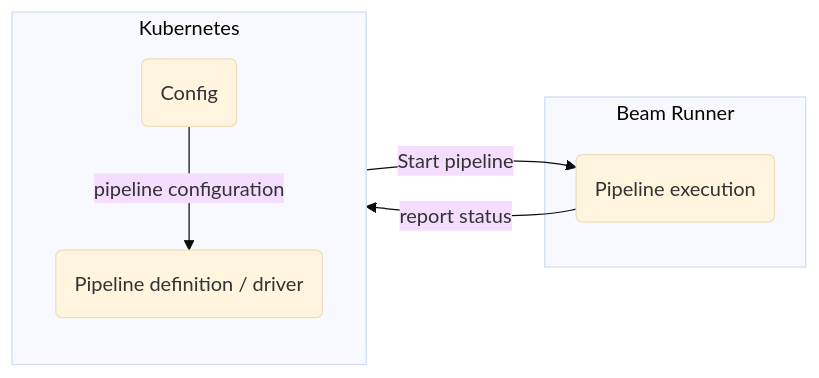
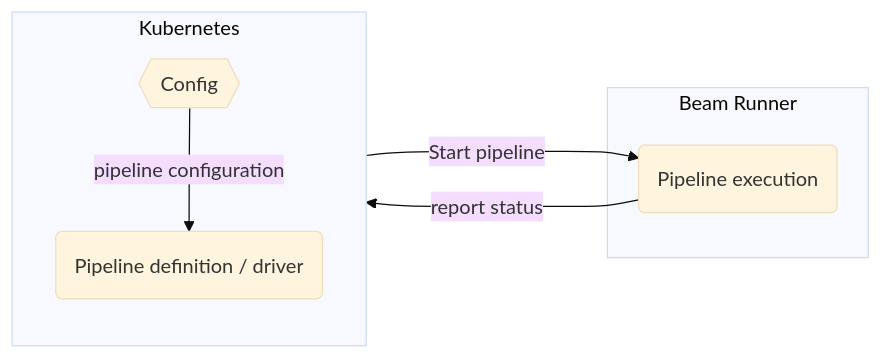
Before and after one commit to cognitedata/cdf-sdk-java-examples: the first of 2 diagrams in 10-beam-pipeline/README.md, drawn with Mermaid (base theme). The commit also changed other lines of this file, not shown here.

````diff
--- a/10-beam-pipeline/README.md
+++ b/10-beam-pipeline/README.md
@@ -19,15 +19,15 @@
 ```mermaid
 flowchart LR
     subgraph k8 [Kubernetes]
         direction TB
-        1A(Config)
+        1A{{Config}}
         1B(Pipeline definition / driver)
         1A --> |pipeline configuration| 1B
     end
     subgraph beam [Beam Runner]
         2A(Pipeline execution)
     end
     
-    1B -->|Start pipeline| 2A
-    2A -->|report status| 1B
+    1B --->|Start pipeline| 2A
+    2A --->|report status| 1B
 ```
````
